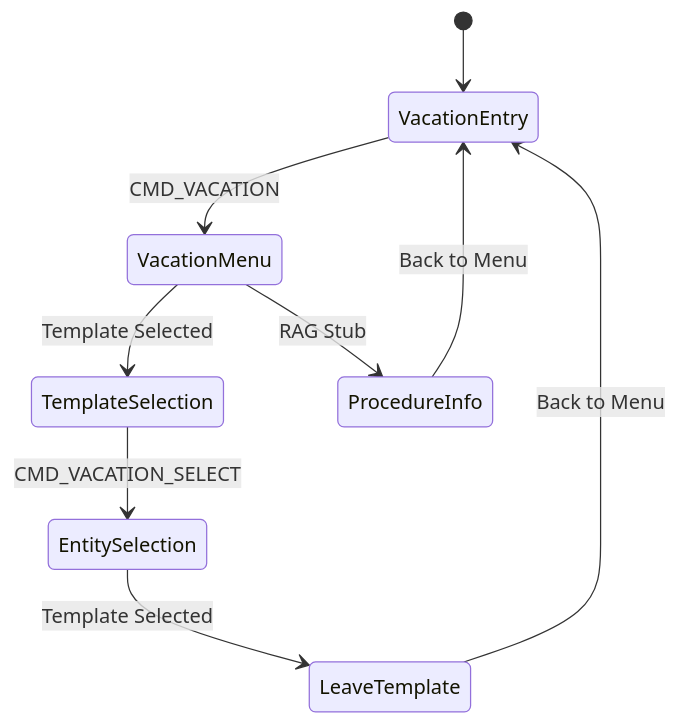
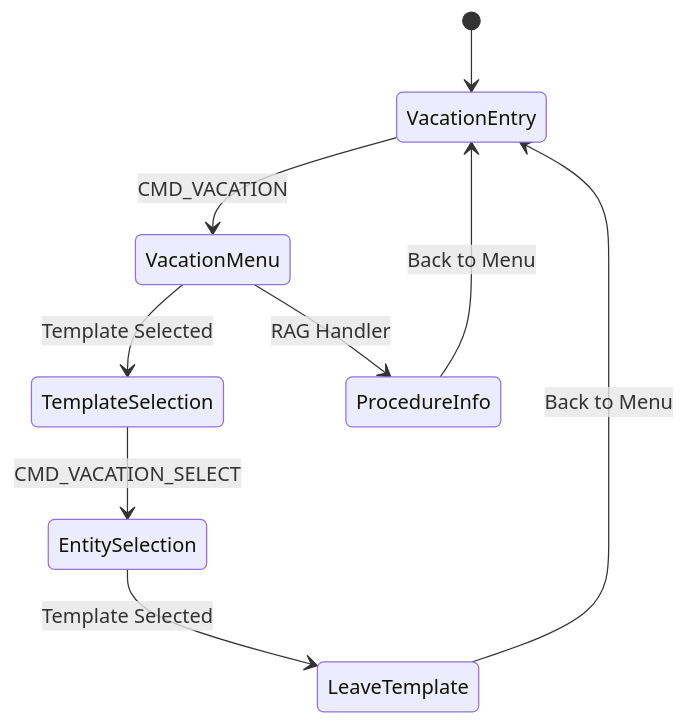
One commit to ognelis/cafetera_hr_bot changed the fifth of 7 diagrams in .qoder/repowiki/en/content/Handler System/Sections Handler.md. Above: the diagram before and after it, drawn with Mermaid. The commit also changed other lines of this file and 16 other files, not shown here.

````diff
--- a/.qoder/repowiki/en/content/Handler System/Sections Handler.md
+++ b/.qoder/repowiki/en/content/Handler System/Sections Handler.md
@@ -259,11 +250,11 @@
 ```mermaid
 stateDiagram-v2
 [*] --> VacationEntry
 VacationEntry --> VacationMenu : CMD_VACATION
 VacationMenu --> TemplateSelection : Template Selected
-VacationMenu --> ProcedureInfo : RAG Stub
+VacationMenu --> ProcedureInfo : RAG Handler
 TemplateSelection --> EntitySelection : CMD_VACATION_SELECT
 EntitySelection --> LeaveTemplate : Template Selected
 LeaveTemplate --> VacationEntry : Back to Menu
 ProcedureInfo --> VacationEntry : Back to Menu
 ```
````
